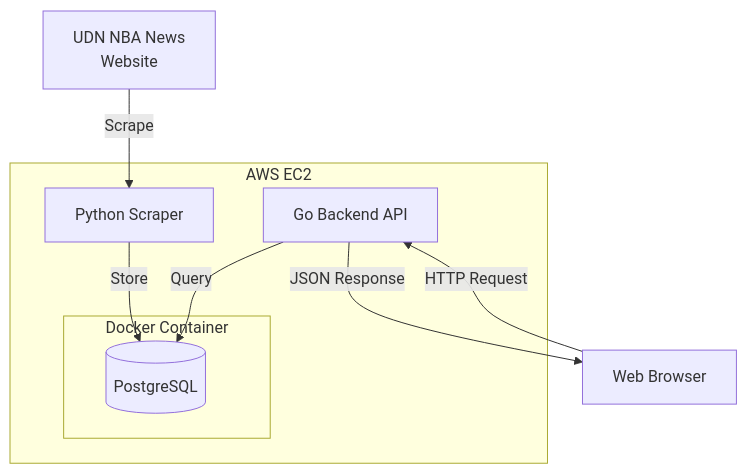
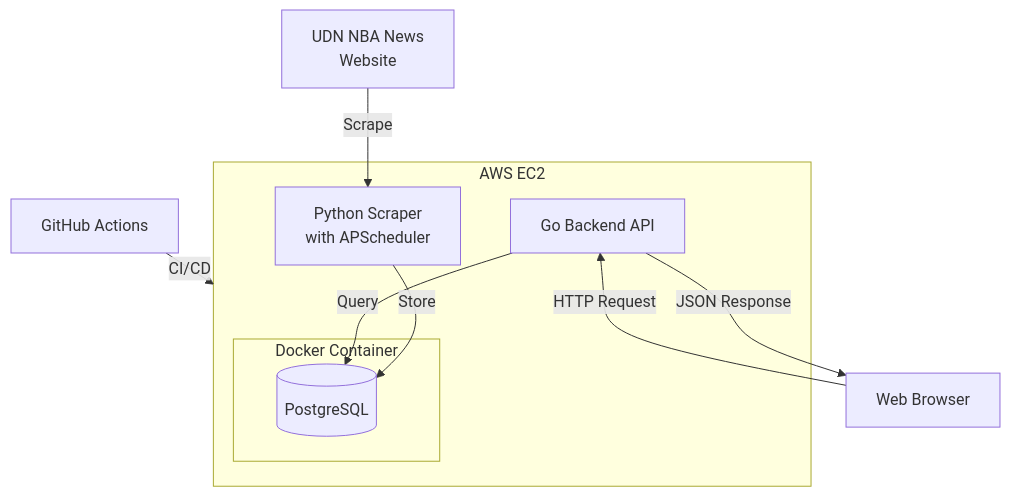
The diagram in README.md (BoscoTing/nba-news-scraper), drawn with Mermaid before and after one commit.

````diff
--- a/README.md
+++ b/README.md
@@ -11,18 +11,20 @@
 ```mermaid
 graph TB
     UDN[UDN NBA News<br/>Website] -->|Scrape| Scraper
     
     subgraph AWS[AWS EC2]
         Scraper -->|Store| DB
         API -->|Query| DB
         
         API[Go Backend API]
         subgraph Docker Container
             DB[(PostgreSQL)]
         end
-        Scraper[Python Scraper]
+        Scraper[Python Scraper<br/>with APScheduler]
     end
 
     Client[Web Browser] -->|HTTP Request| API
     API -->|JSON Response| Client
+
+    GitHub[GitHub Actions] -->|CI/CD| AWS
 ```
````
